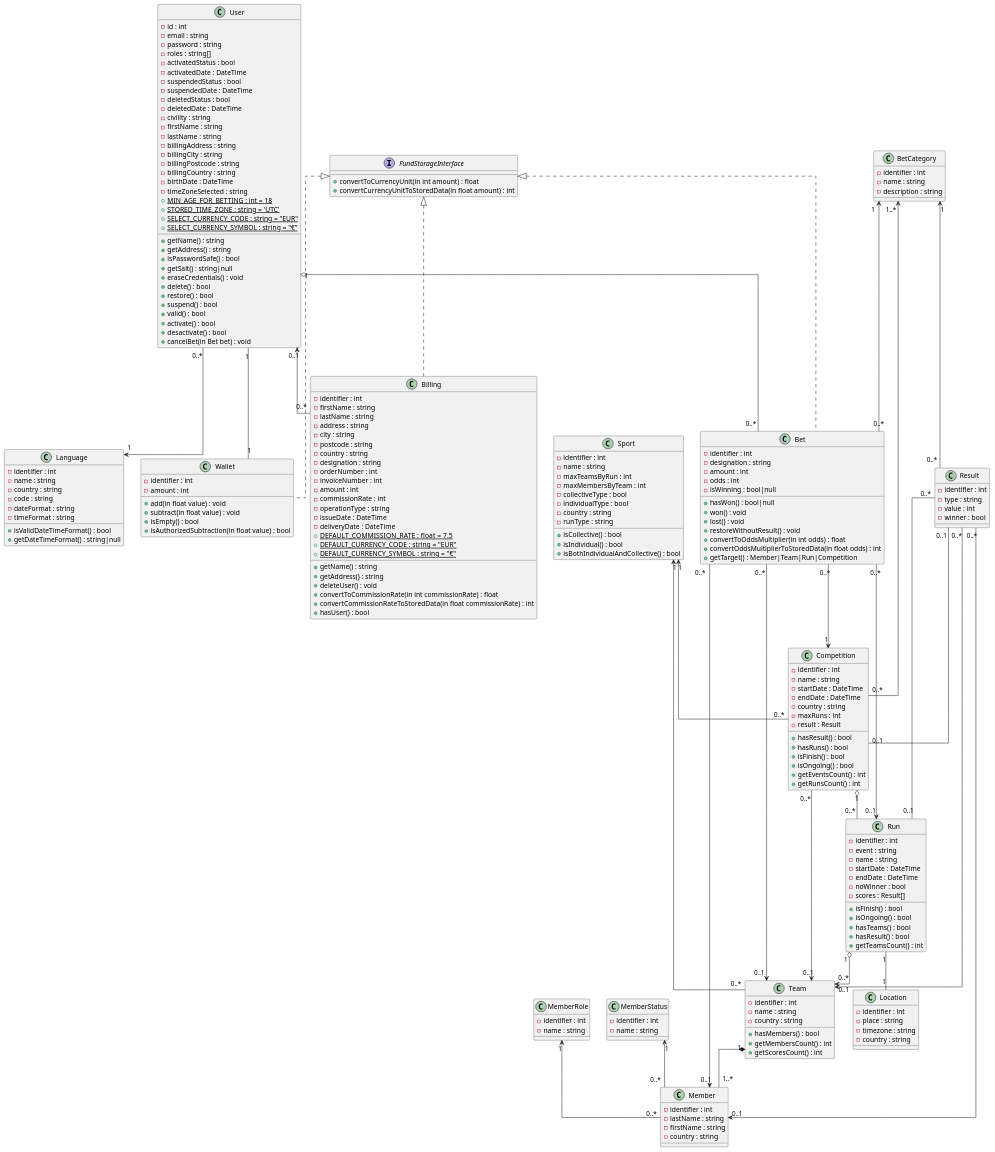
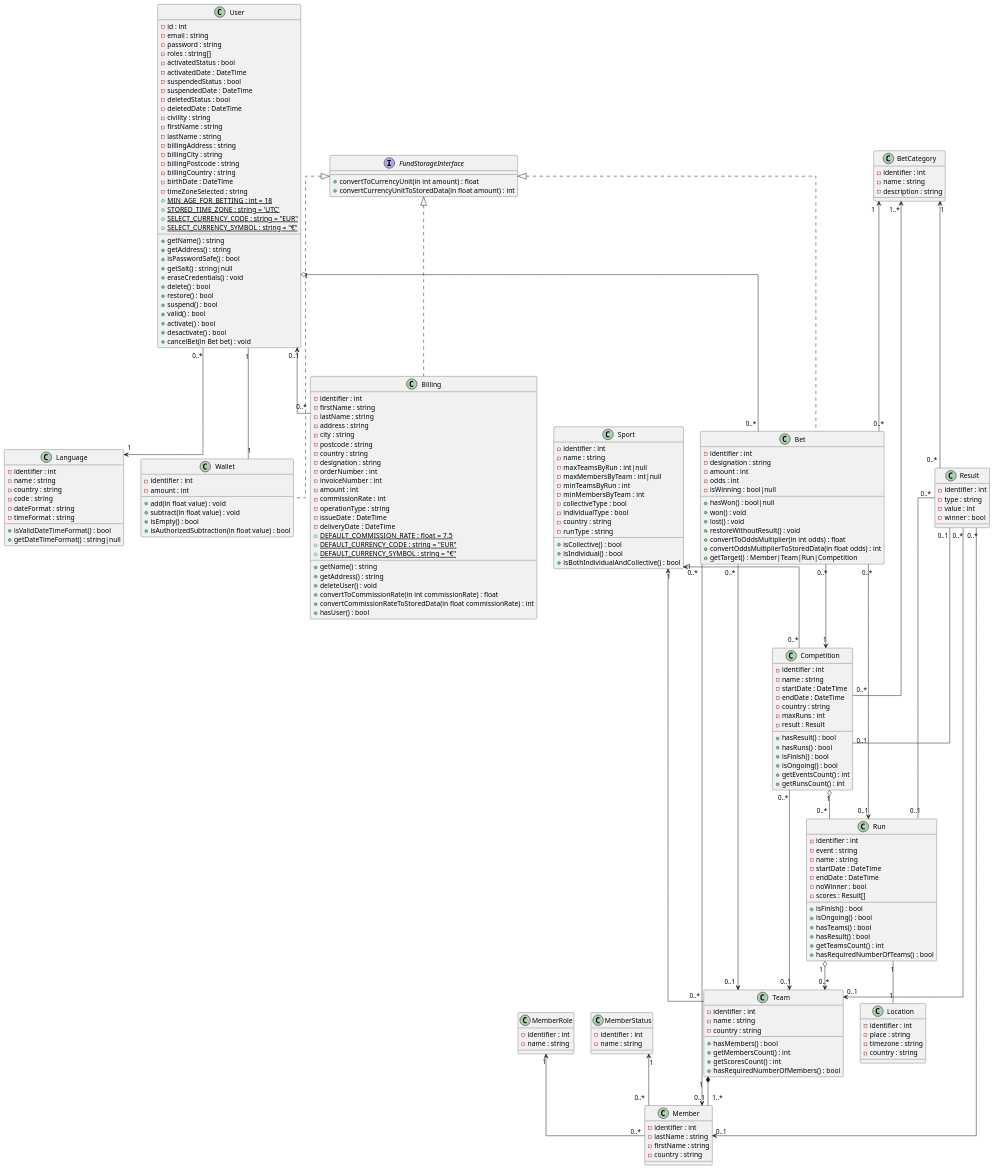
The diagram in docs/Uml/Diagramme_de_classe/Diagramme_de_classe.puml (OFP-CDA-Mulhouse-2020/parisportif5), drawn with PlantUML before and after one commit. The commit also changed 9 other files, not shown here.

Commit message:
2021-01-04 - #1 - Ajout des méthodes tests sur le nombre de Team et de Members plus ajout de la propriété minTeamsByRun

```diff
--- a/docs/Uml/Diagramme_de_classe/Diagramme_de_classe.puml
+++ b/docs/Uml/Diagramme_de_classe/Diagramme_de_classe.puml
@@ -182,8 +182,10 @@
     class Sport {
         -identifier : int
         -name : string
-        -maxTeamsByRun : int
-        -maxMembersByTeam : int
+        -maxTeamsByRun : int|null
+        -maxMembersByTeam : int|null
+        -minTeamsByRun : int
+        -minMembersByTeam : int
         -collectiveType : bool
         -individualType : bool
         -country : string
@@ -222,6 +224,7 @@
         +hasTeams() : bool
         +hasResult() : bool
         +getTeamsCount() : int
+        +hasRequiredNumberOfTeams() : bool
     }
     'Résultat du match ou de la course
     class Result {
@@ -245,5 +248,6 @@
         +hasMembers() : bool
         +getMembersCount() : int
         +getScoresCount() : int
+        +hasRequiredNumberOfMembers() : bool
     }
 @enduml
```
